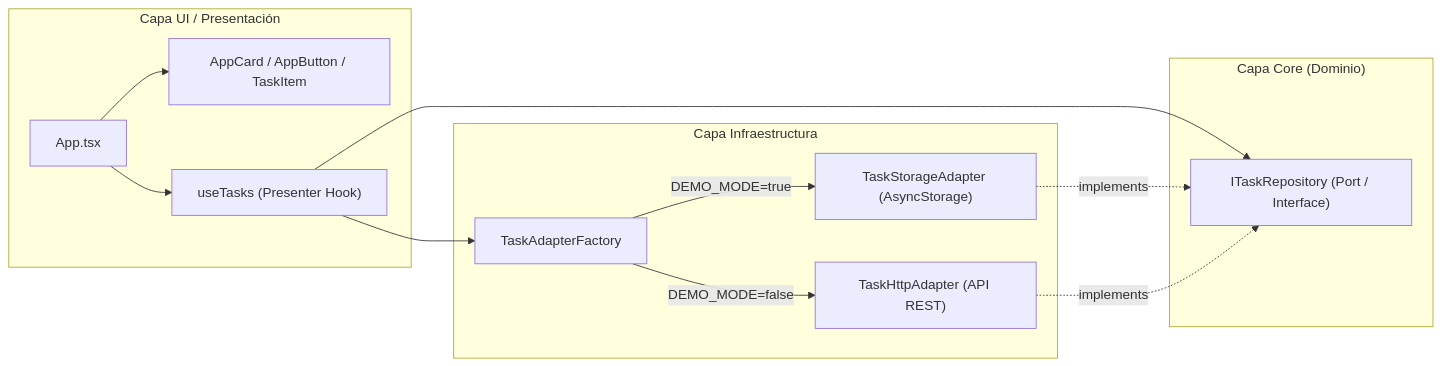
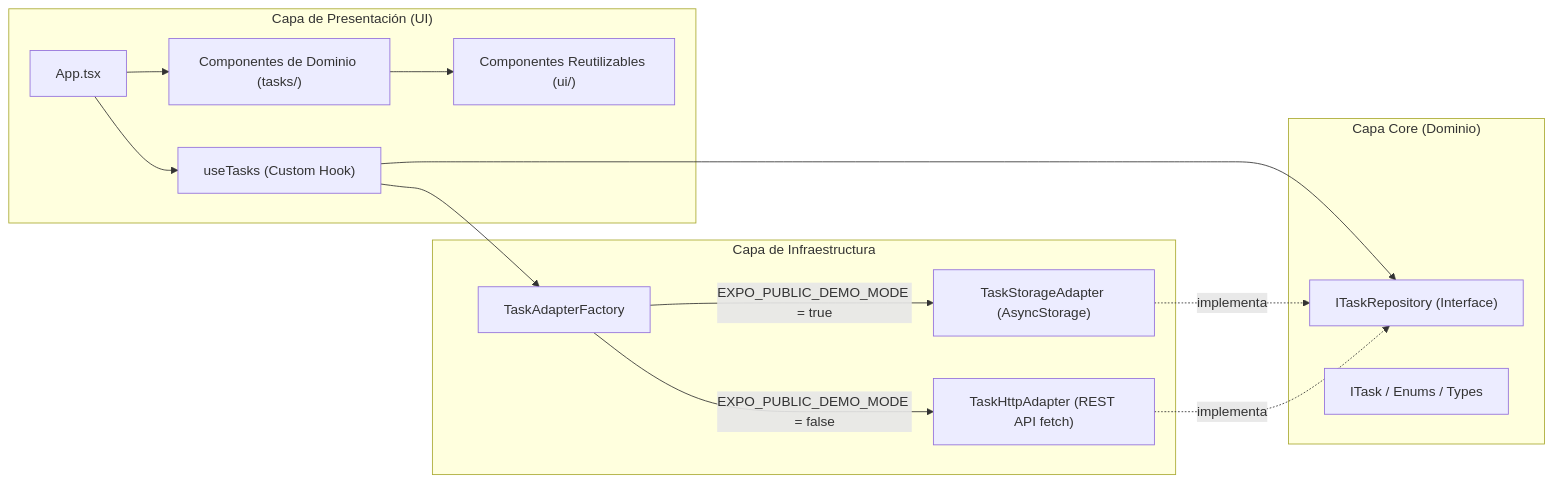
The first of 2 diagrams in README.md (ginans/todo-list-mobile-IPSS), drawn with Mermaid before and after one commit. The commit also changed other lines of this file and 12 other files, not shown here.

````diff
--- a/README.md
+++ b/README.md
@@ -47,27 +229,30 @@
 ```mermaid
 flowchart LR
-    subgraph UI ["Capa UI / Presentación"]
-        Screen["App.tsx"]
-        Comp["AppCard / AppButton / TaskItem"]
-        Hook["useTasks (Presenter Hook)"]
+    subgraph UI ["Capa de Presentación (UI)"]
+        App["App.tsx"]
+        TaskComp["Componentes de Dominio (tasks/)"]
+        AtomicUI["Componentes Reutilizables (ui/)"]
+        Hook["useTasks (Custom Hook)"]
     end
 
     subgraph Core ["Capa Core (Dominio)"]
-        Port["ITaskRepository (Port / Interface)"]
+        Contract["ITaskRepository (Interface)"]
+        Models["ITask / Enums / Types"]
     end
 
-    subgraph Infra ["Capa Infraestructura"]
+    subgraph Infra ["Capa de Infraestructura"]
         Factory["TaskAdapterFactory"]
         Storage["TaskStorageAdapter (AsyncStorage)"]
-        Http["TaskHttpAdapter (API REST)"]
+        Http["TaskHttpAdapter (REST API fetch)"]
     end
 
-    Screen --> Comp
-    Screen --> Hook
-    Hook --> Port
+    App --> TaskComp
+    TaskComp --> AtomicUI
+    App --> Hook
+    Hook --> Contract
     Hook --> Factory
-    Factory -->|DEMO_MODE=true| Storage
-    Factory -->|DEMO_MODE=false| Http
-    Storage -.->|implements| Port
-    Http -.->|implements| Port
+    Factory -->|"EXPO_PUBLIC_DEMO_MODE = true"| Storage
+    Factory -->|"EXPO_PUBLIC_DEMO_MODE = false"| Http
+    Storage -.->|"implementa"| Contract
+    Http -.->|"implementa"| Contract
 ```
````
